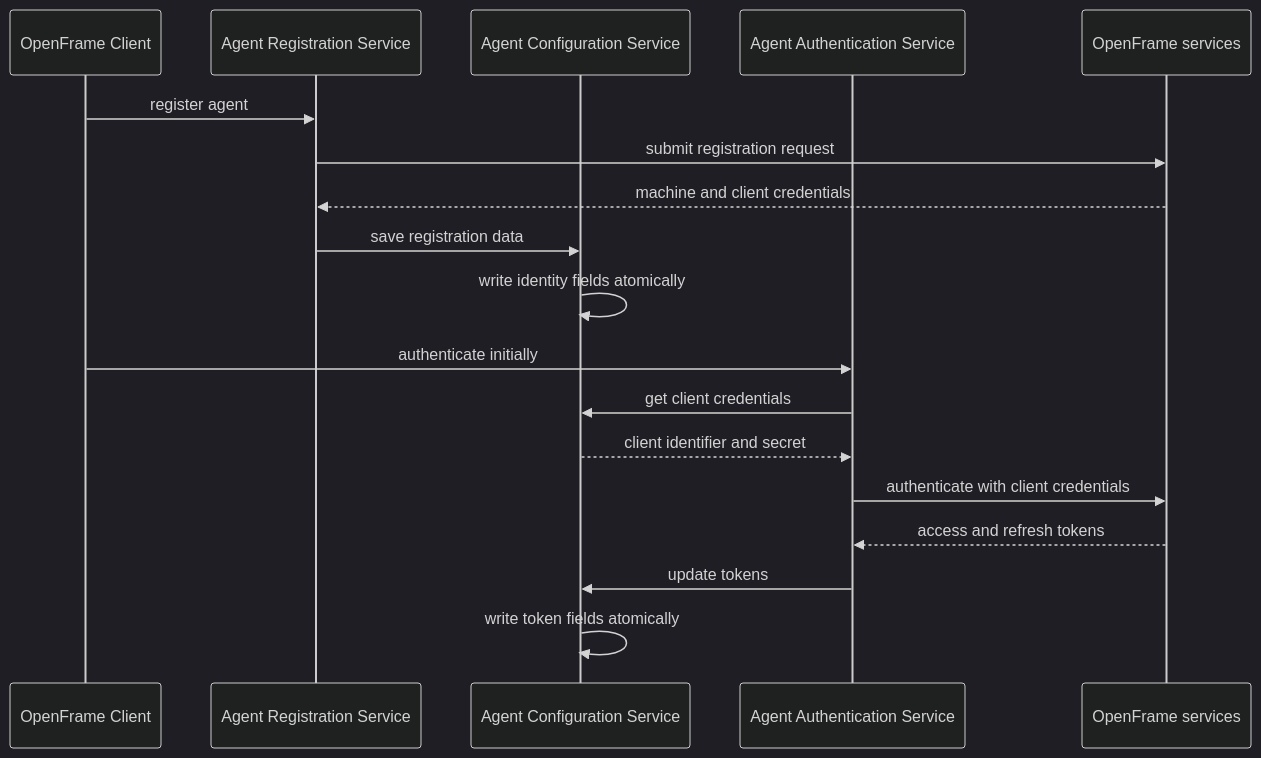
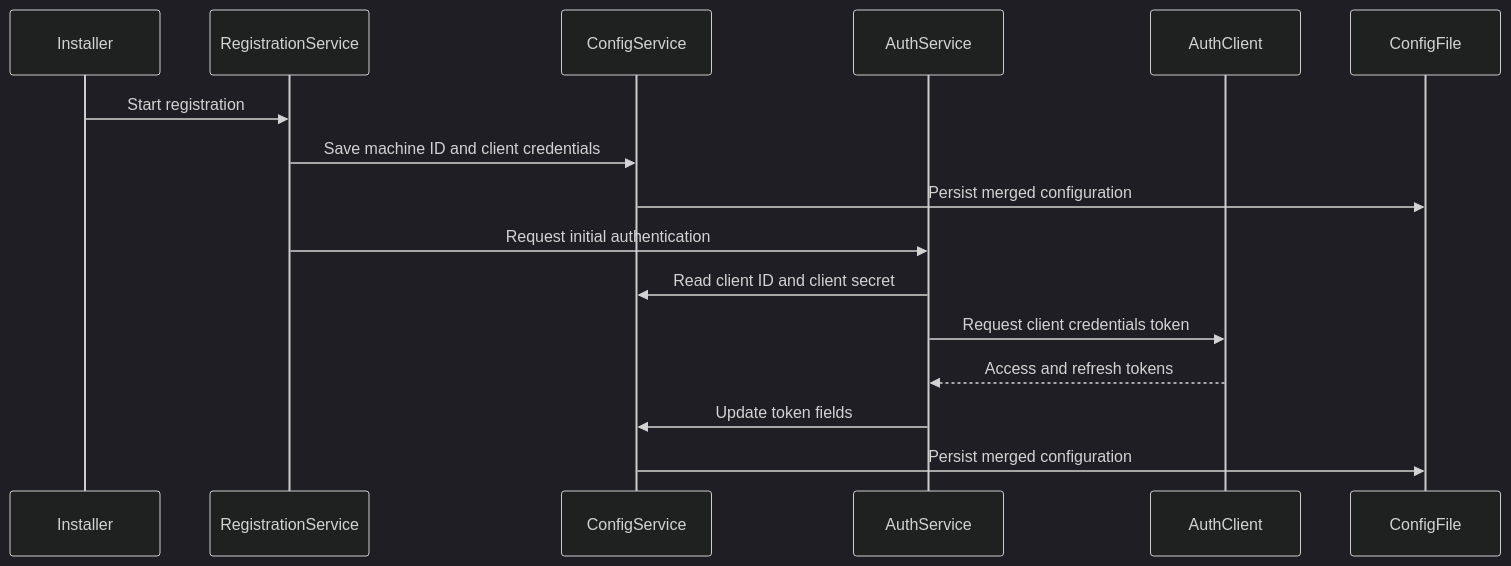
Before and after one commit to flamingo-stack/openframe-oss-tenant: the second of 2 diagrams in docs/reference/architecture/openframe-client-core/model-agent-config/model-agent-config.md, drawn with Mermaid (dark theme). The commit also changed other lines of this file and 2377 other files, not shown here.

````diff
--- a/docs/reference/architecture/openframe-client-core/model-agent-config/model-agent-config.md
+++ b/docs/reference/architecture/openframe-client-core/model-agent-config/model-agent-config.md
@@ -49,20 +57,19 @@
 ```mermaid
 sequenceDiagram
-    participant Runtime as OpenFrame Client
-    participant Registration as Agent Registration Service
-    participant Config as Agent Configuration Service
-    participant Auth as Agent Authentication Service
-    participant Server as OpenFrame services
-    Runtime->>Registration: register agent
-    Registration->>Server: submit registration request
-    Server-->>Registration: machine and client credentials
-    Registration->>Config: save registration data
-    Config->>Config: write identity fields atomically
-    Runtime->>Auth: authenticate initially
-    Auth->>Config: get client credentials
-    Config-->>Auth: client identifier and secret
-    Auth->>Server: authenticate with client credentials
-    Server-->>Auth: access and refresh tokens
-    Auth->>Config: update tokens
-    Config->>Config: write token fields atomically
+    participant Installer
+    participant RegistrationService
+    participant ConfigService
+    participant AuthService
+    participant AuthClient
+    participant ConfigFile
+
+    Installer->>RegistrationService: Start registration
+    RegistrationService->>ConfigService: Save machine ID and client credentials
+    ConfigService->>ConfigFile: Persist merged configuration
+    RegistrationService->>AuthService: Request initial authentication
+    AuthService->>ConfigService: Read client ID and client secret
+    AuthService->>AuthClient: Request client credentials token
+    AuthClient-->>AuthService: Access and refresh tokens
+    AuthService->>ConfigService: Update token fields
+    ConfigService->>ConfigFile: Persist merged configuration
 ```
````
